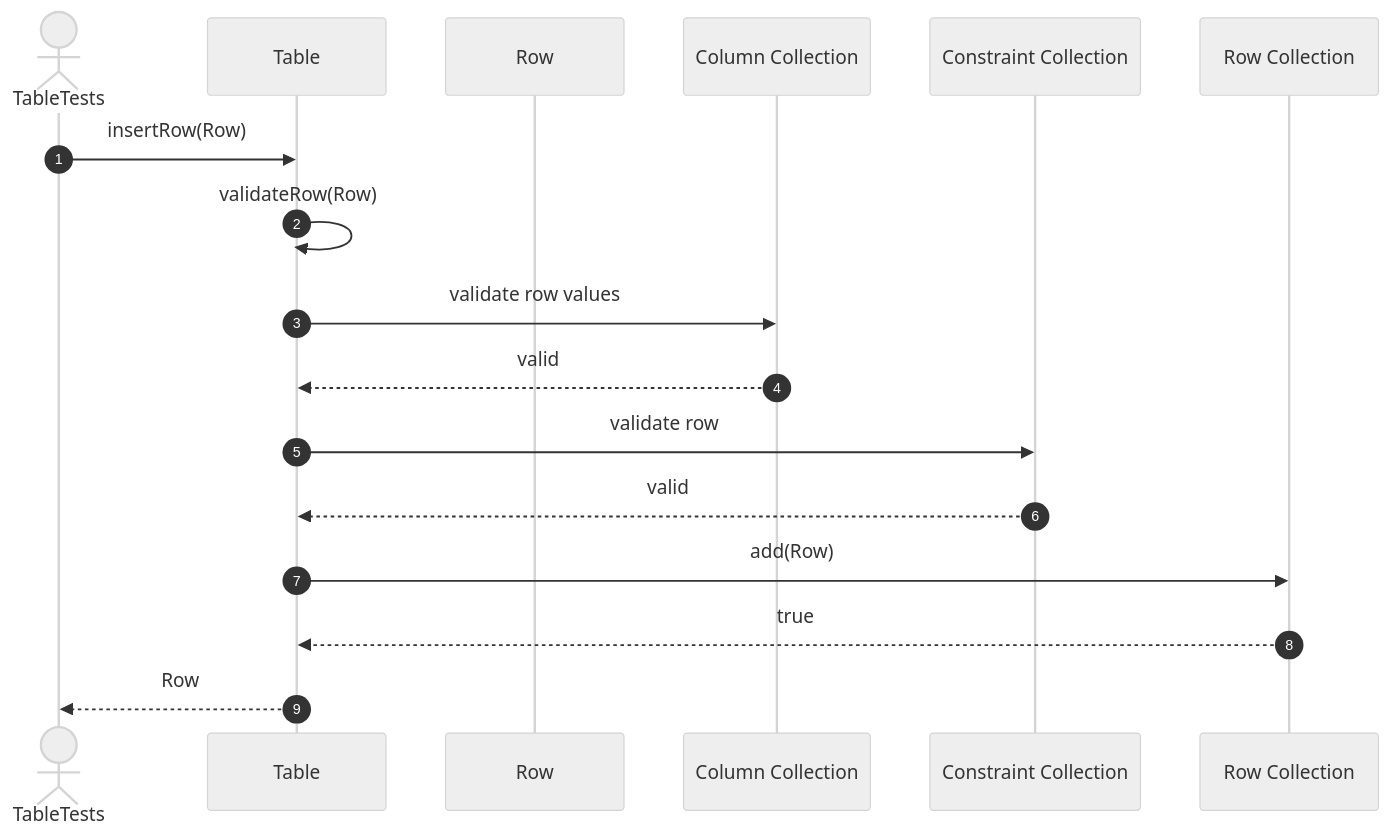
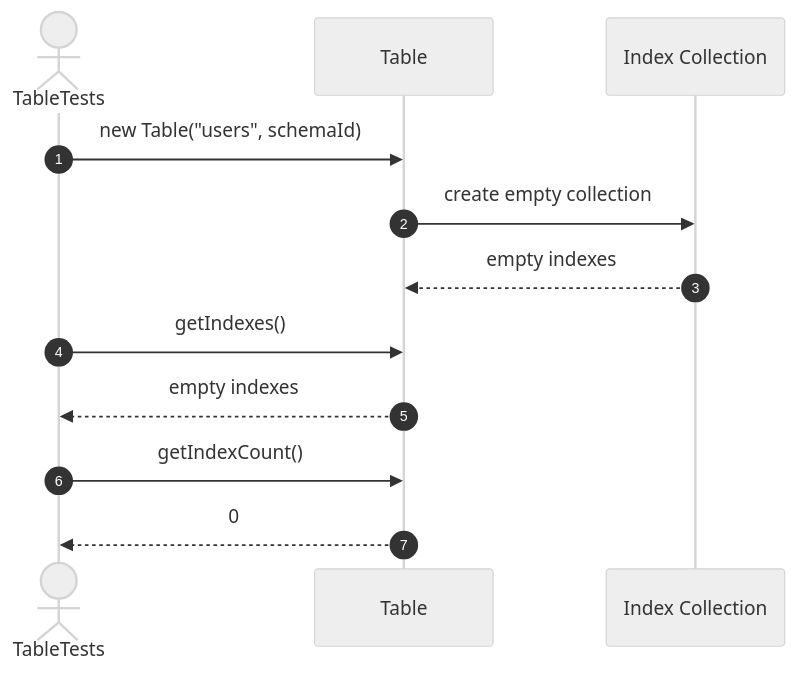
One commit to FhuAnn/-bbv-AN-s-DBMS changed the eighth of 53 diagrams in src/tests/unit/metadata/sequences/tables-testing.se.md. Above: the diagram before and after it, drawn with Mermaid (neutral theme). The commit also changed other lines of this file and 7 other files, not shown here.

Commit message:
table and row run test successfully

````diff
--- a/src/tests/unit/metadata/sequences/tables-testing.se.md
+++ b/src/tests/unit/metadata/sequences/tables-testing.se.md
@@ -139,20 +135,15 @@
 ```mermaid
 sequenceDiagram
     autonumber
     actor Test as TableTests
     participant Table as Table
-    participant Row as Row
-    participant Columns as Column Collection
-    participant Constraints as Constraint Collection
-    participant Rows as Row Collection
+    participant Indexes as Index Collection
 
-    Test->>Table: insertRow(Row)
-    Table->>Table: validateRow(Row)
-    Table->>Columns: validate row values
-    Columns-->>Table: valid
-    Table->>Constraints: validate row
-    Constraints-->>Table: valid
-    Table->>Rows: add(Row)
-    Rows-->>Table: true
-    Table-->>Test: Row
+    Test->>Table: new Table("users", schemaId)
+    Table->>Indexes: create empty collection
+    Indexes-->>Table: empty indexes
+    Test->>Table: getIndexes()
+    Table-->>Test: empty indexes
+    Test->>Table: getIndexCount()
+    Table-->>Test: 0
 ```
````
